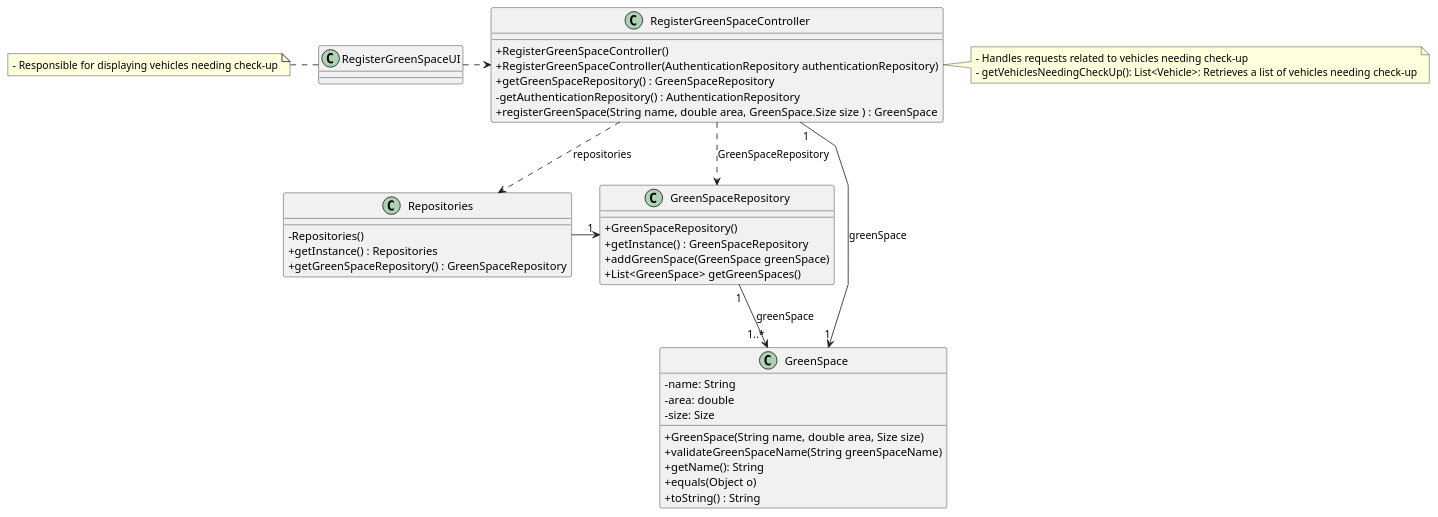
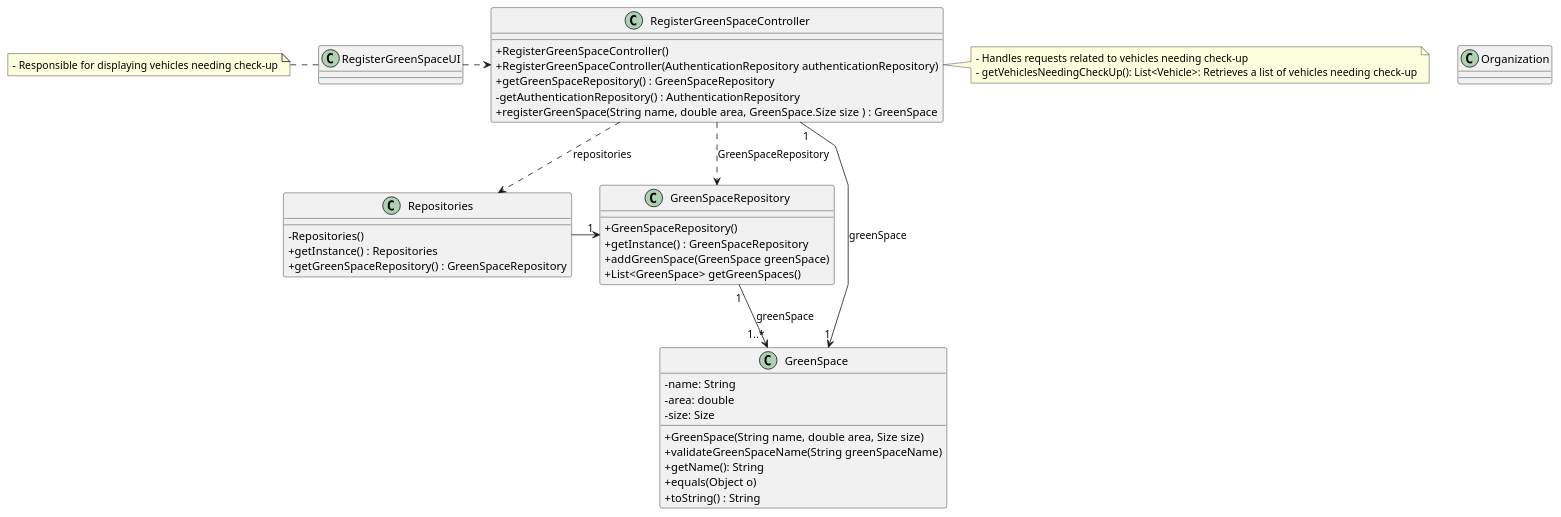
One commit to Departamento-de-Engenharia-Informatica/lei-24-s2-1df-1de-g063 changed the diagram in docs/SprintC/us020/03.design/puml/us020-class-diagram.puml. Above: the diagram before and after it, drawn with PlantUML. The commit also changed 11 other files, not shown here.

Commit message:
Some updates on US22 class diagram and US25 already functional

```diff
--- a/docs/SprintC/us020/03.design/puml/us020-class-diagram.puml
+++ b/docs/SprintC/us020/03.design/puml/us020-class-diagram.puml
@@ -1,67 +1,71 @@
 @startuml
 'skinparam monochrome true
 skinparam packageStyle rectangle
 skinparam shadowing false
 skinparam linetype polyline
 'skinparam linetype orto
 
 skinparam classAttributeIconSize 0
 
 'left to right direction
 
 class RegisterGreenSpaceUI{
 
 }
 
 note left of RegisterGreenSpaceUI
     - Responsible for displaying vehicles needing check-up
 end note
 
 class RegisterGreenSpaceController{
 
     +RegisterGreenSpaceController()
     +RegisterGreenSpaceController(AuthenticationRepository authenticationRepository)
     +getGreenSpaceRepository() : GreenSpaceRepository
     -getAuthenticationRepository() : AuthenticationRepository
     +registerGreenSpace(String name, double area, GreenSpace.Size size ) : GreenSpace
 }
 
 note right of RegisterGreenSpaceController
     - Handles requests related to vehicles needing check-up
     - getVehiclesNeedingCheckUp(): List<Vehicle>: Retrieves a list of vehicles needing check-up
 end note
+
+class Organization{
+
+}
 
 class Repositories{
     - Repositories()
     + getInstance() : Repositories
     + getGreenSpaceRepository() : GreenSpaceRepository
 }
 
 class GreenSpaceRepository{
     +GreenSpaceRepository()
     +getInstance() : GreenSpaceRepository
     +addGreenSpace(GreenSpace greenSpace)
     +List<GreenSpace> getGreenSpaces()
 
 }
 
 class GreenSpace{
     -name: String
     -area: double
     -size: Size
 
     +GreenSpace(String name, double area, Size size)
     +validateGreenSpaceName(String greenSpaceName)
     +getName(): String
     +equals(Object o)
     +toString() : String
 }
 
 RegisterGreenSpaceUI .> RegisterGreenSpaceController
 RegisterGreenSpaceController ..> Repositories : repositories
 Repositories -> "1" GreenSpaceRepository
 RegisterGreenSpaceController ..> GreenSpaceRepository : GreenSpaceRepository
 GreenSpaceRepository "1" --> "1..*" GreenSpace : greenSpace
 RegisterGreenSpaceController "1" --> "1" GreenSpace : greenSpace
 
 @enduml
```
